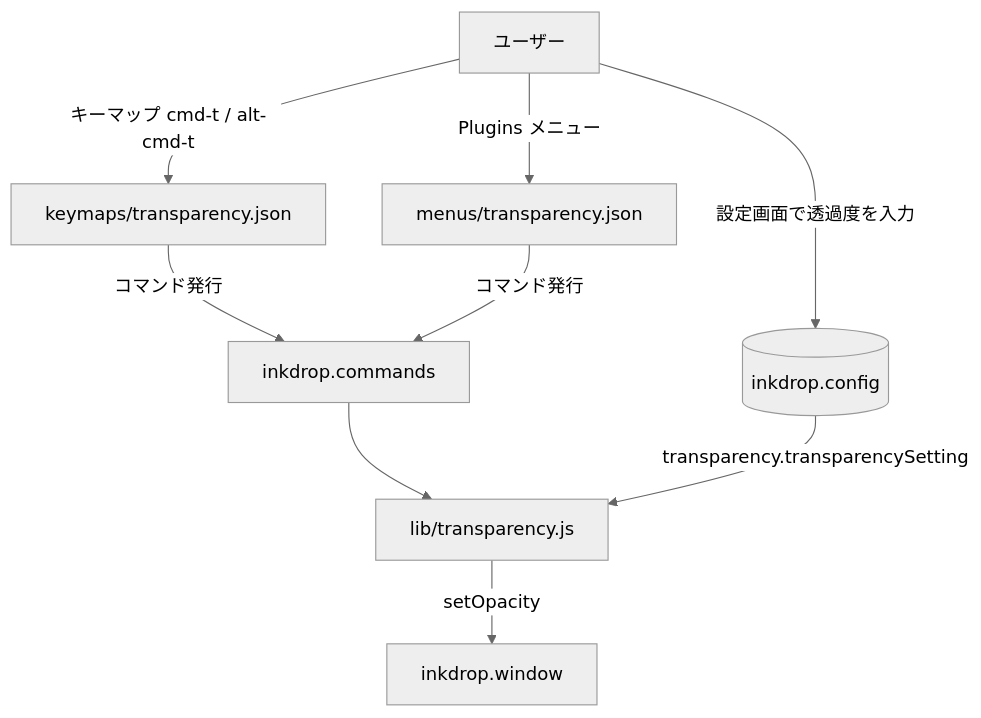
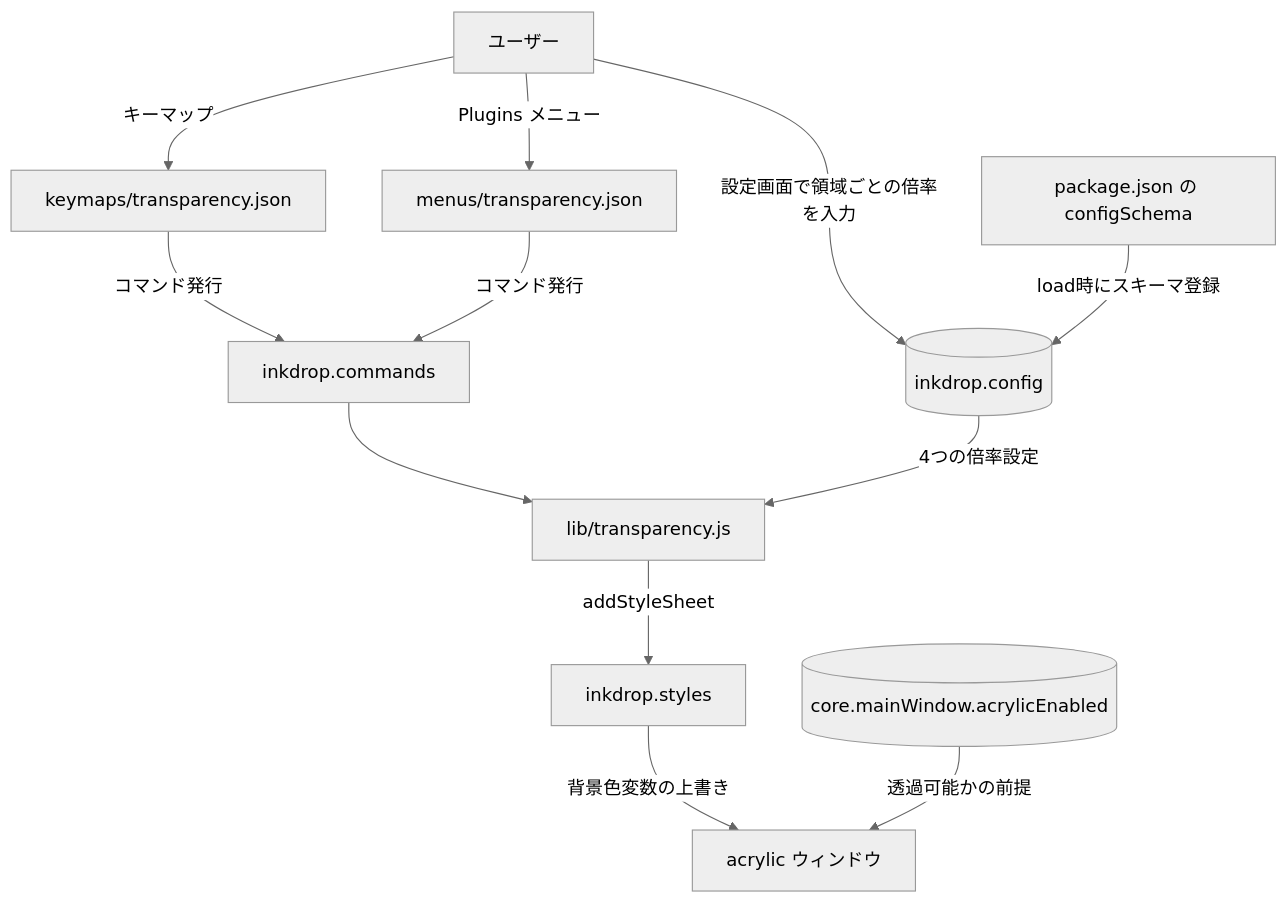
One commit to ban367/inkdrop-transparency changed the first of 2 diagrams in docs/design/architecture.md. Above: the diagram before and after it, drawn with Mermaid (neutral theme). The commit also changed other lines of this file and 12 other files, not shown here.

First line of the commit message:
feat!: tune the acrylic window per area on Inkdrop 6

````diff
--- a/docs/design/architecture.md
+++ b/docs/design/architecture.md
@@ -9,13 +9,16 @@
 ```mermaid
 graph TD
-    U[ユーザー] -->|キーマップ cmd-t / alt-cmd-t| KM[keymaps/transparency.json]
+    U[ユーザー] -->|キーマップ| KM[keymaps/transparency.json]
     U -->|Plugins メニュー| MN[menus/transparency.json]
-    U -->|設定画面で透過度を入力| CFG[(inkdrop.config)]
+    U -->|設定画面で領域ごとの倍率を入力| CFG[(inkdrop.config)]
 
     KM -->|コマンド発行| CMD[inkdrop.commands]
     MN -->|コマンド発行| CMD
     CMD --> PLG[lib/transparency.js]
 
-    CFG -->|transparency.transparencySetting| PLG
-    PLG -->|setOpacity| WIN[inkdrop.window]
+    CFG -->|4つの倍率設定| PLG
+    SCH[package.json の configSchema] -->|load時にスキーマ登録| CFG
+    PLG -->|addStyleSheet| STY[inkdrop.styles]
+    STY -->|背景色変数の上書き| WIN[acrylic ウィンドウ]
+    CORE[(core.mainWindow.acrylicEnabled)] -->|透過可能かの前提| WIN
 ```
````
